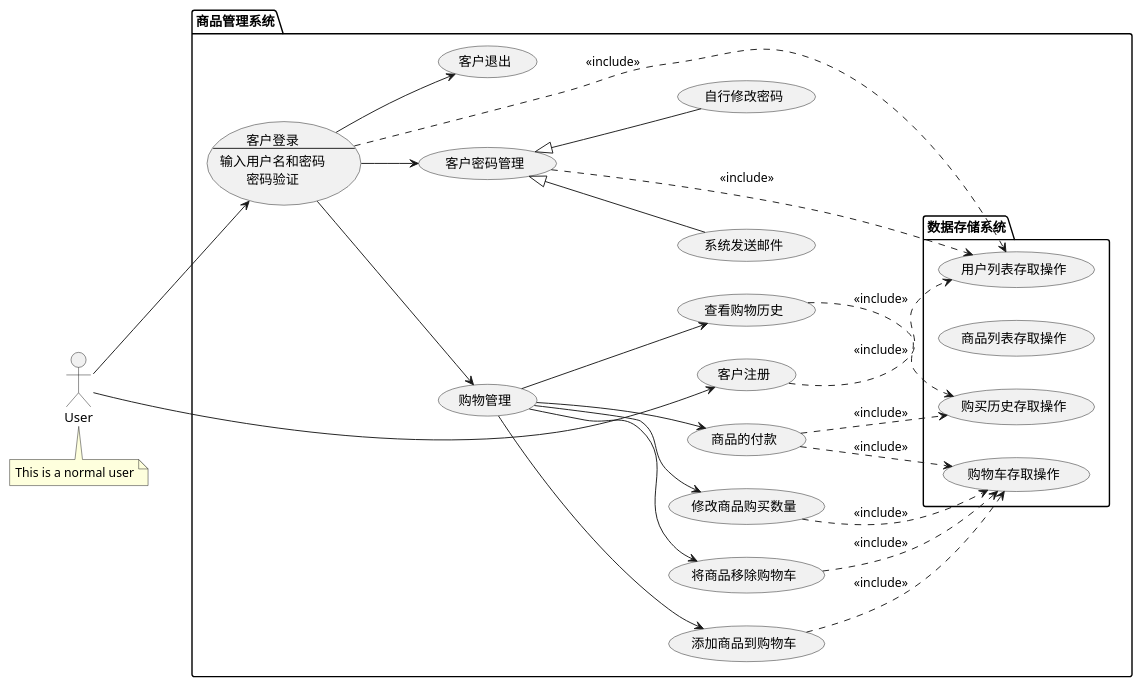
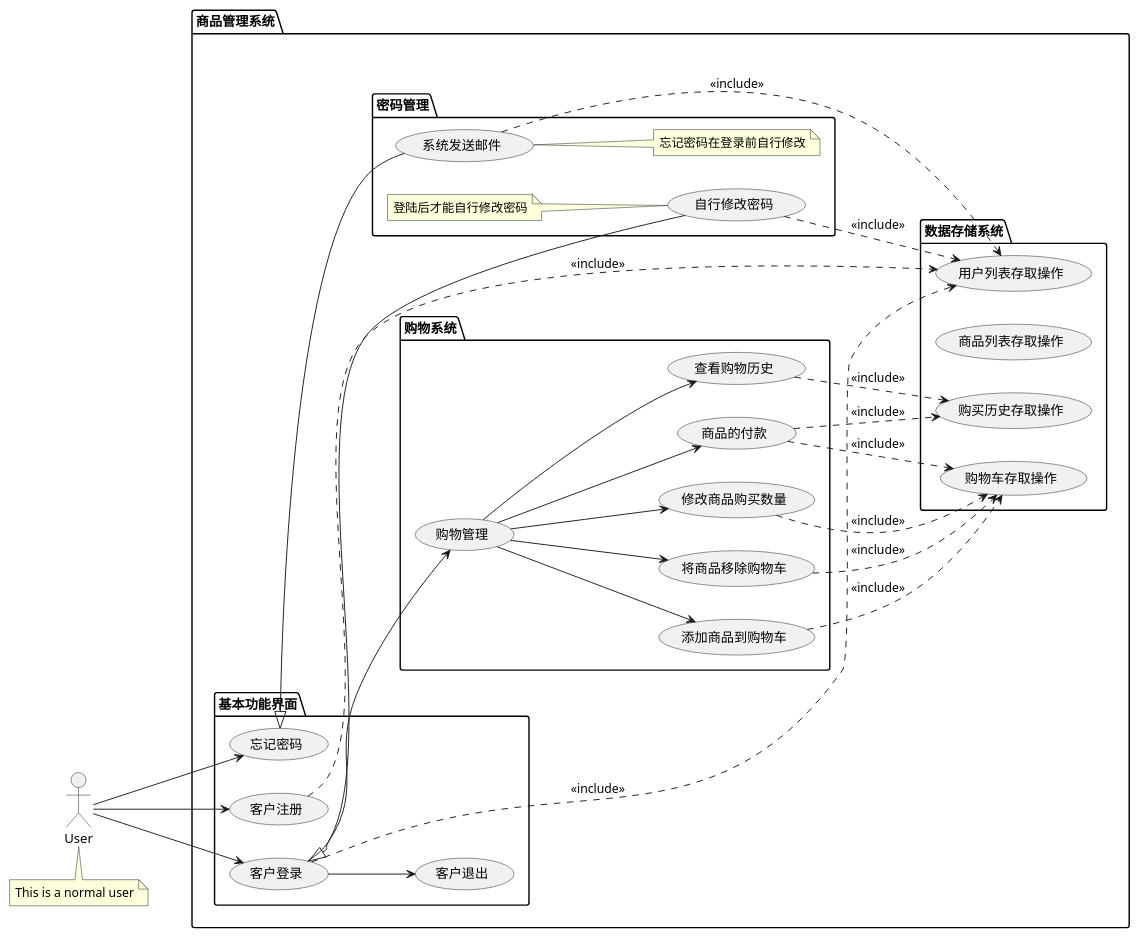
The diagram in requirementsAnalysis/用例图/客户用例图.puml (DaTouJun/ISETrain2023_BackEnd), drawn with PlantUML before and after one commit. The commit also changed 23 other files, not shown here.

Commit message:
完成了客户操作的顺序图

```diff
--- a/requirementsAnalysis/用例图/客户用例图.puml
+++ b/requirementsAnalysis/用例图/客户用例图.puml
@@ -1,62 +1,75 @@
 @startuml
 'https://plantuml.com/use-case-diagram
 
 ':Main Admin: as Admin
 left to right direction
 
 
 actor User
 
 package 商品管理系统{
+
+package 基本功能界面{
+    (客户登录)
+    (客户退出)
+    (客户注册)
+    (忘记密码)
+}
 
 package 数据存储系统{
     usecase (用户列表存取操作)
     usecase (商品列表存取操作)
     usecase (购买历史存取操作)
     usecase (购物车存取操作)
 }
 
 usecase 客户登录 as "客户登录
 --
 输入用户名和密码
 密码验证
 "
 
 
 User --> (客户登录)
 (客户登录) ..> (用户列表存取操作):<<include>>
 User --> (客户注册)
 (客户注册) ..> (用户列表存取操作):<<include>>
 (客户登录) --> (客户退出)
+User --> (忘记密码)
 
+package 密码管理{
+(客户登录) <|-- (自行修改密码)
+
+note left : 登陆后才能自行修改密码
+
+(忘记密码) <|-- (系统发送邮件)
+note right : 忘记密码在登录前自行修改
+
+(自行修改密码) ..> (用户列表存取操作):<<include>>
+(系统发送邮件) ..> (用户列表存取操作):<<include>>
+}
+package 购物系统{
 (客户登录) --> (购物管理)
-(客户登录) --> (客户密码管理)
-
-(客户密码管理) <|-- (自行修改密码)
-(客户密码管理) <|-- (系统发送邮件)
-
-(客户密码管理) ..> (用户列表存取操作):<<include>>
-
 (购物管理) --> (添加商品到购物车)
 (购物管理) --> (将商品移除购物车)
 (购物管理) --> (修改商品购买数量)
 (购物管理) --> (商品的付款)
 (购物管理) --> (查看购物历史)
 
 
 (查看购物历史) ..> (购买历史存取操作):<<include>>
 (添加商品到购物车) ..> (购物车存取操作):<<include>>
 (将商品移除购物车) ..> (购物车存取操作):<<include>>
 (修改商品购买数量) ..> (购物车存取操作):<<include>>
 (商品的付款) ..> (购物车存取操作):<<include>>
 (商品的付款) ..> (购买历史存取操作):<<include>>
-
+}
 
 }
 
 '(登录) --> (输入用户名)
 
 note bottom of User : This is a normal user
 
 
 @enduml
```
